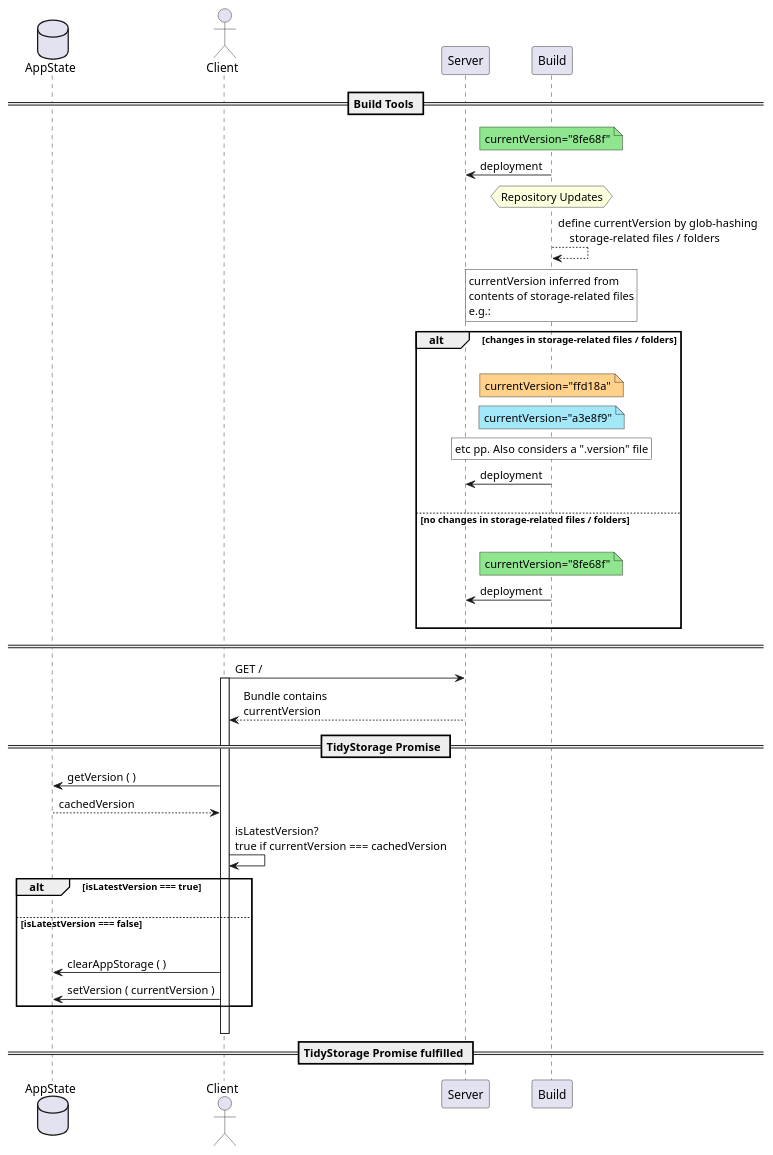
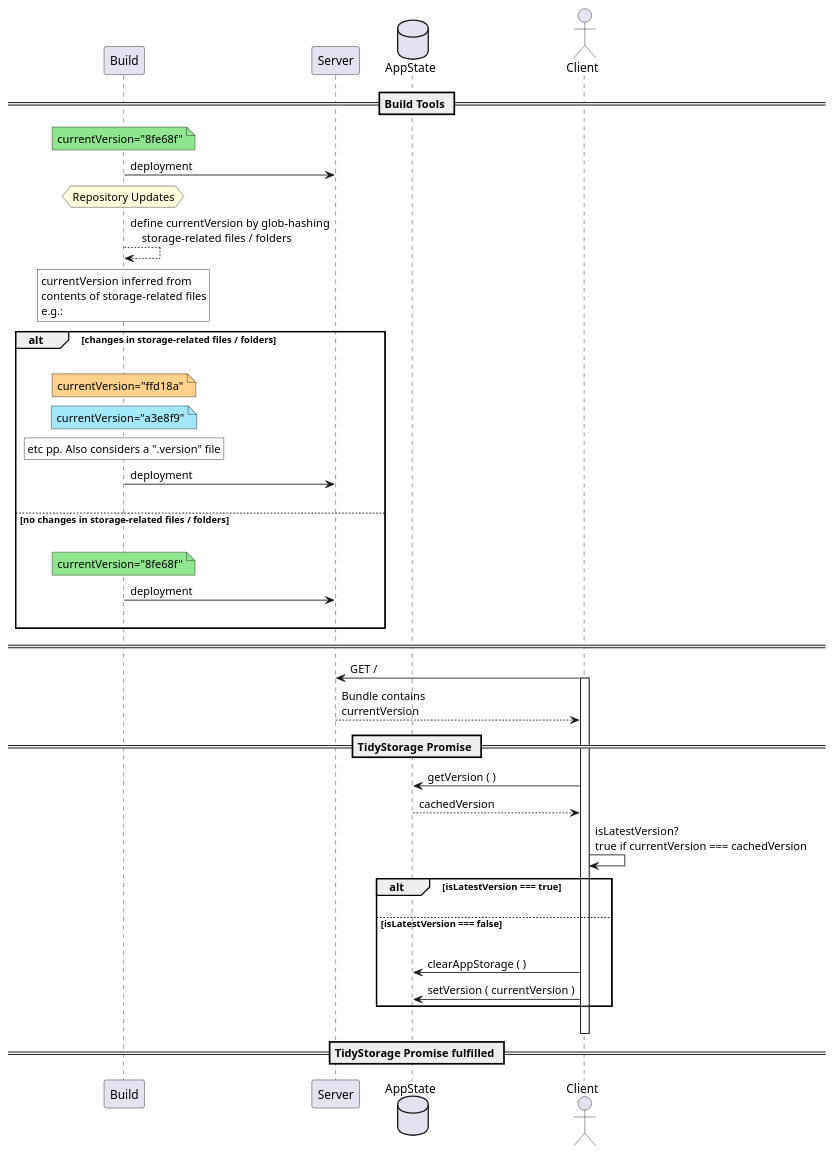
Before and after one commit to 4iAmAve/tidy-store: the diagram in flow.puml, drawn with PlantUML. The commit also changed other lines of this file, not shown here.

```diff
--- a/flow.puml
+++ b/flow.puml
@@ -1,62 +1,62 @@
 @startuml
 skinparam ParticipantPadding 20
 skinparam BoxPadding 10
+participant Build
+participant Server
 database AppState
 actor Client
-participant Server
-participant Build
 
 == Build Tools ==
 
 note over Build #8fe68f: currentVersion="8fe68f"
 Build -> Server: deployment
 
 hnote over Build: Repository Updates
 
 Build --> Build: define currentVersion by glob-hashing\n    storage-related files / folders
 
 rnote over Build #fff: currentVersion inferred from\ncontents of storage-related files\ne.g.:
 
 alt changes in storage-related files / folders
 |||
     note over Build #ffd18a: currentVersion="ffd18a"
     note over Build #a3e8f9: currentVersion="a3e8f9"
     rnote over Build #fff: etc pp. Also considers a \'".version\'" file
     Build -> Server: deployment
 |||
 else no changes in storage-related files / folders
 |||
     note over Build #8fe68f: currentVersion="8fe68f"
     Build -> Server: deployment
 |||
 end
 
 ==  ==
 
 Client -> Server: GET /
 
 activate Client
 
 Server --> Client: Bundle contains\ncurrentVersion
 
 == TidyStorage Promise ==
 
 Client -> AppState: getVersion ( )
 AppState --> Client: cachedVersion
 
 Client -> Client: isLatestVersion?\ntrue if currentVersion === cachedVersion
 
 alt isLatestVersion === true
 |||
 else isLatestVersion === false
 |||
    Client -> AppState: clearAppStorage ( )
    Client -> AppState: setVersion ( currentVersion )
 end
 |||
 
 deactivate Client
 
 == TidyStorage Promise fulfilled ==
 
 @enduml
```
